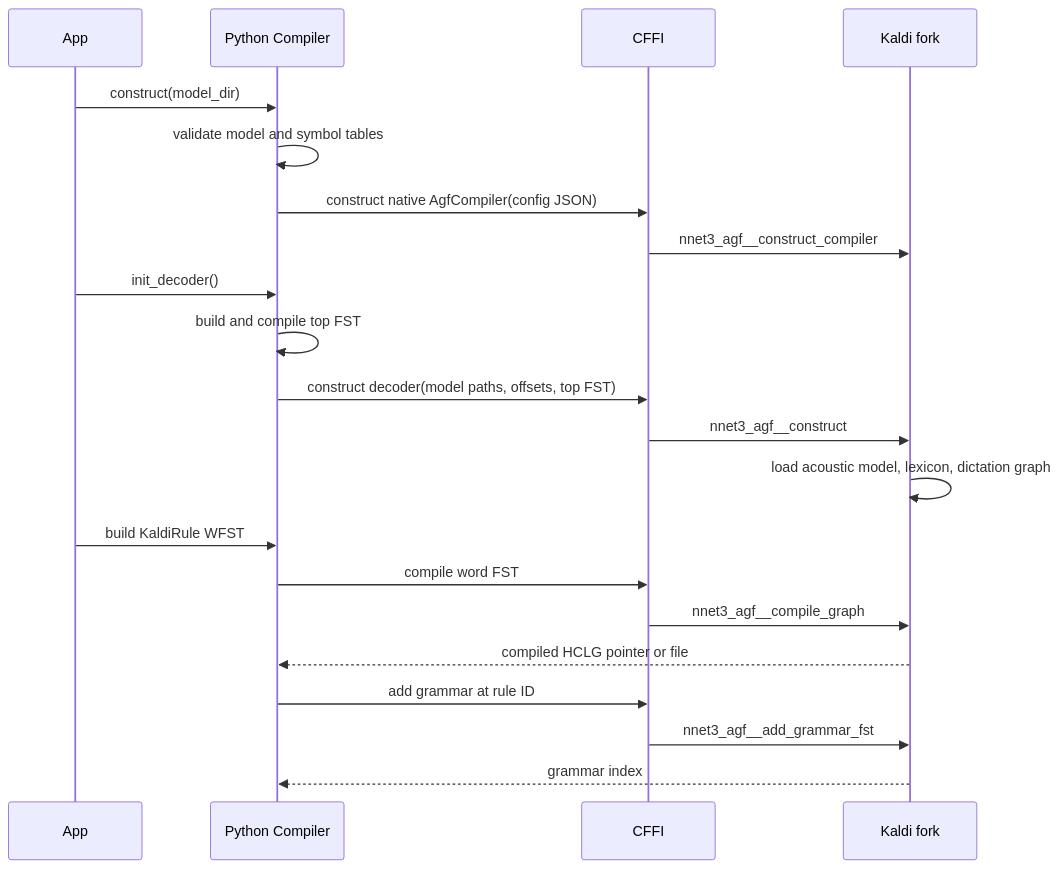
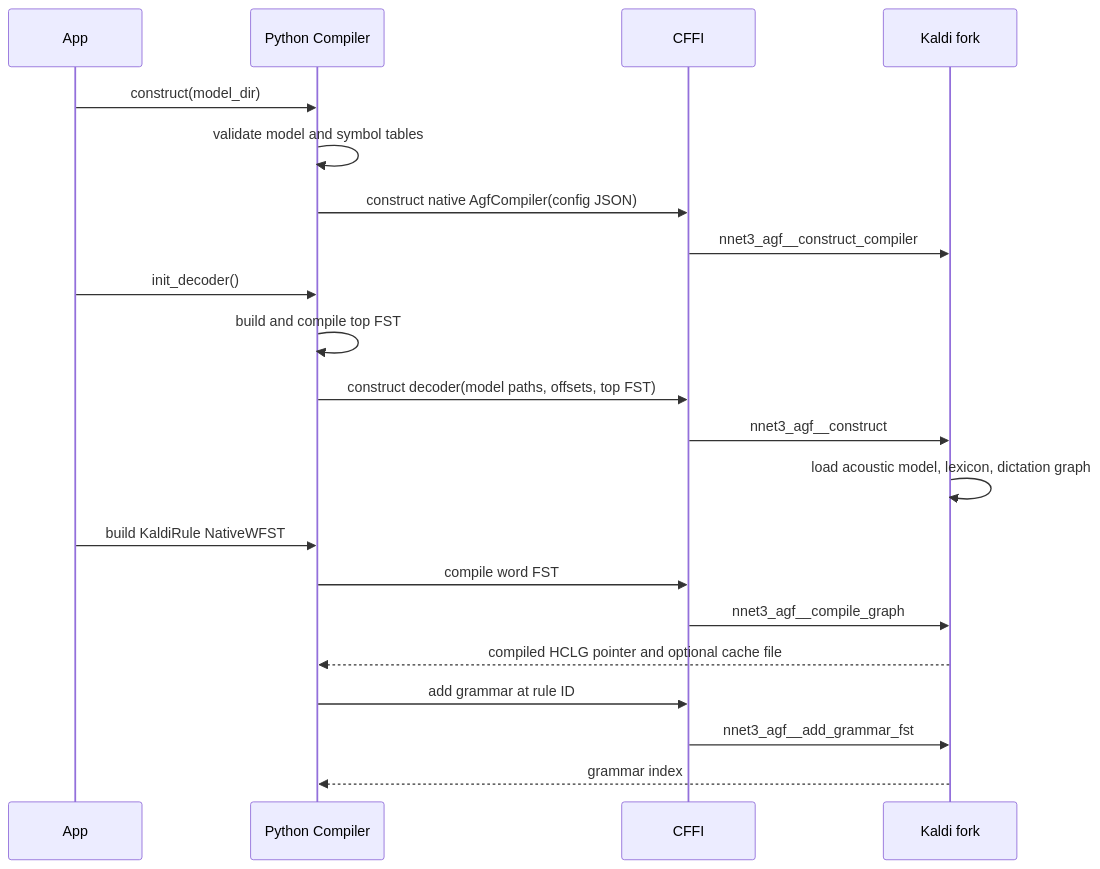
Before and after one commit to daanzu/kaldi-active-grammar: the third of 4 diagrams in docs/kaldi-fork-architecture.md, drawn with Mermaid. The commit also changed other lines of this file and 9 other files, not shown here.

````diff
--- a/docs/kaldi-fork-architecture.md
+++ b/docs/kaldi-fork-architecture.md
@@ -197,24 +198,24 @@
 ```mermaid
 sequenceDiagram
     participant App
     participant Compiler as Python Compiler
     participant FFI as CFFI
     participant Native as Kaldi fork
 
     App->>Compiler: construct(model_dir)
     Compiler->>Compiler: validate model and symbol tables
     Compiler->>FFI: construct native AgfCompiler(config JSON)
     FFI->>Native: nnet3_agf__construct_compiler
     App->>Compiler: init_decoder()
     Compiler->>Compiler: build and compile top FST
     Compiler->>FFI: construct decoder(model paths, offsets, top FST)
     FFI->>Native: nnet3_agf__construct
     Native->>Native: load acoustic model, lexicon, dictation graph
-    App->>Compiler: build KaldiRule WFST
+    App->>Compiler: build KaldiRule NativeWFST
     Compiler->>FFI: compile word FST
     FFI->>Native: nnet3_agf__compile_graph
-    Native-->>Compiler: compiled HCLG pointer or file
+    Native-->>Compiler: compiled HCLG pointer and optional cache file
     Compiler->>FFI: add grammar at rule ID
     FFI->>Native: nnet3_agf__add_grammar_fst
     Native-->>Compiler: grammar index
 ```
````
